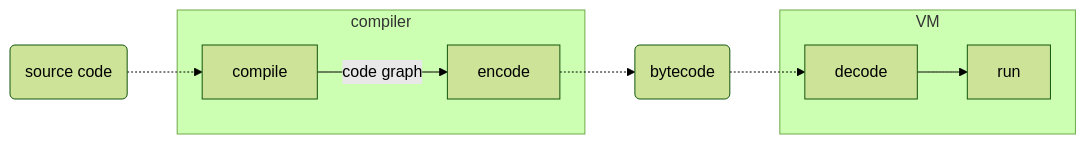
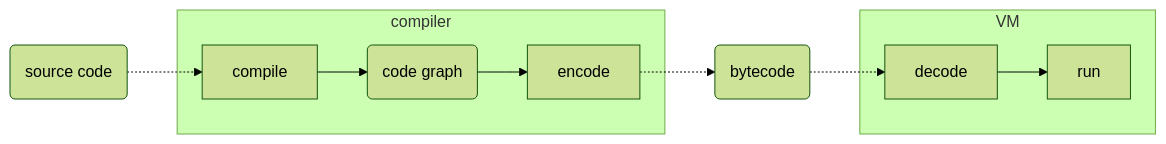
One commit to raviqqe/doc changed the diagram in slides/papers/stak-scheme/encode-decode.mmd. Above: the diagram before and after it, drawn with Mermaid (forest theme).

```diff
--- a/slides/papers/stak-scheme/encode-decode.mmd
+++ b/slides/papers/stak-scheme/encode-decode.mmd
@@ -1,12 +1,12 @@
 flowchart LR
   d0(source code) -.-> compile
 
   subgraph compiler
-    compile -- code graph --> encode
+    compile --> d1(code graph) --> encode
   end
 
-  encode -.-> d1(bytecode) -.-> decode
+  encode -.-> d2(bytecode) -.-> decode
 
   subgraph vm[VM]
     decode --> run
   end
```
